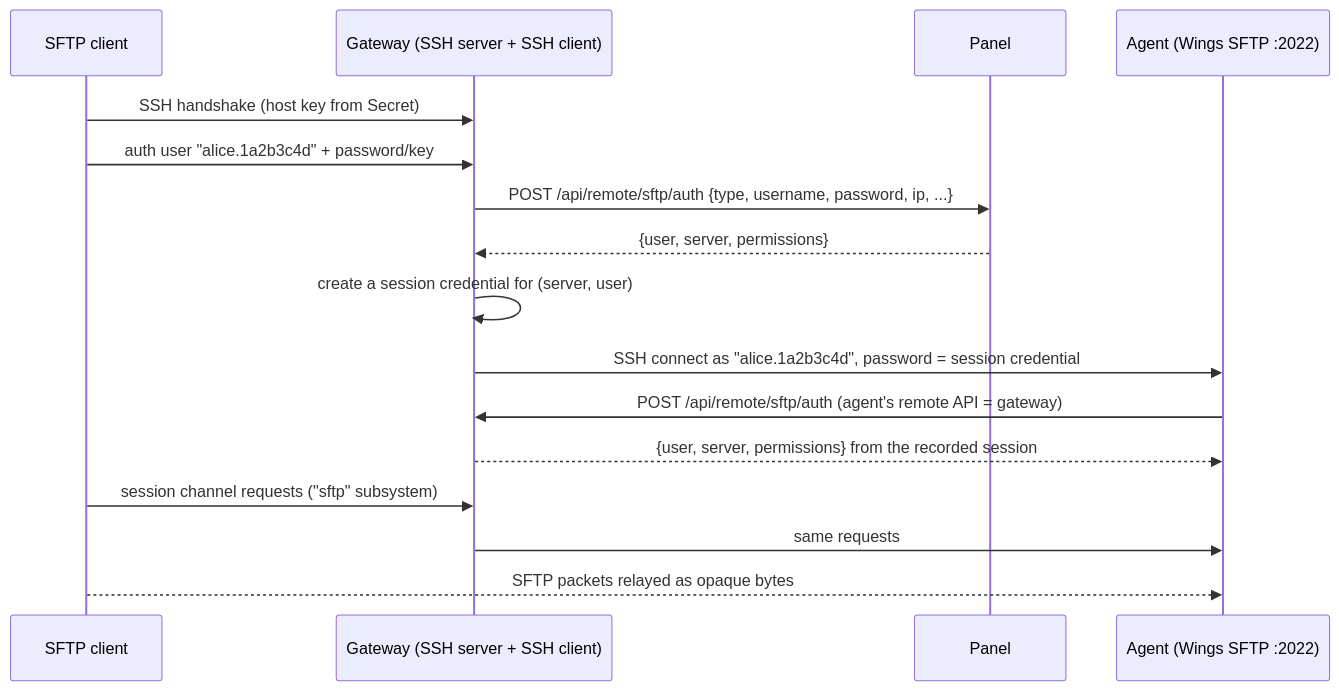
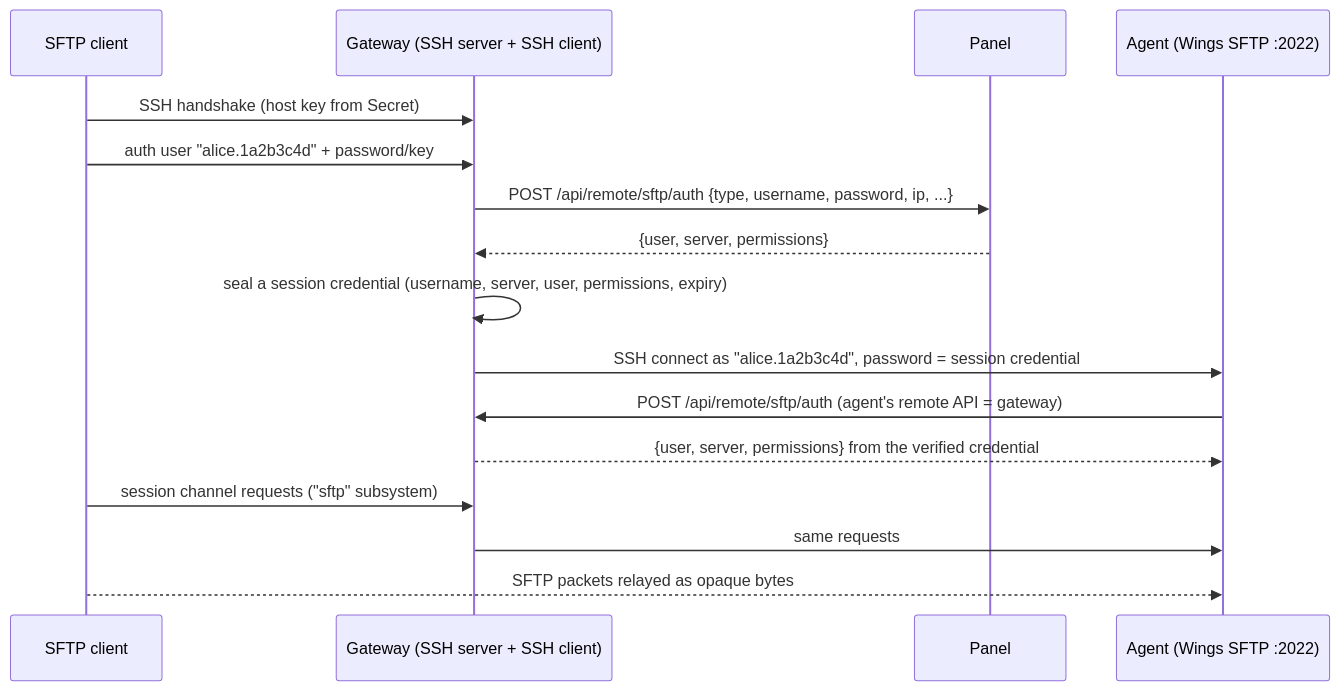
One commit to Claiyc/pelican-k8s changed the second of 5 diagrams in ARCHITECTURE.md. Above: the diagram before and after it, drawn with Mermaid. The commit also changed other lines of this file and 4 other files, not shown here.

````diff
--- a/ARCHITECTURE.md
+++ b/ARCHITECTURE.md
@@ -266,18 +265,18 @@
 ```mermaid
 sequenceDiagram
   participant C as SFTP client
   participant G as Gateway (SSH server + SSH client)
   participant P as Panel
   participant A as Agent (Wings SFTP :2022)
   C->>G: SSH handshake (host key from Secret)
   C->>G: auth user "alice.1a2b3c4d" + password/key
   G->>P: POST /api/remote/sftp/auth {type, username, password, ip, ...}
   P-->>G: {user, server, permissions}
-  G->>G: create a session credential for (server, user)
+  G->>G: seal a session credential (username, server, user, permissions, expiry)
   G->>A: SSH connect as "alice.1a2b3c4d", password = session credential
   A->>G: POST /api/remote/sftp/auth (agent's remote API = gateway)
-  G-->>A: {user, server, permissions} from the recorded session
+  G-->>A: {user, server, permissions} from the verified credential
   C->>G: session channel requests ("sftp" subsystem)
   G->>A: same requests
   C-->>A: SFTP packets relayed as opaque bytes
 ```
````
